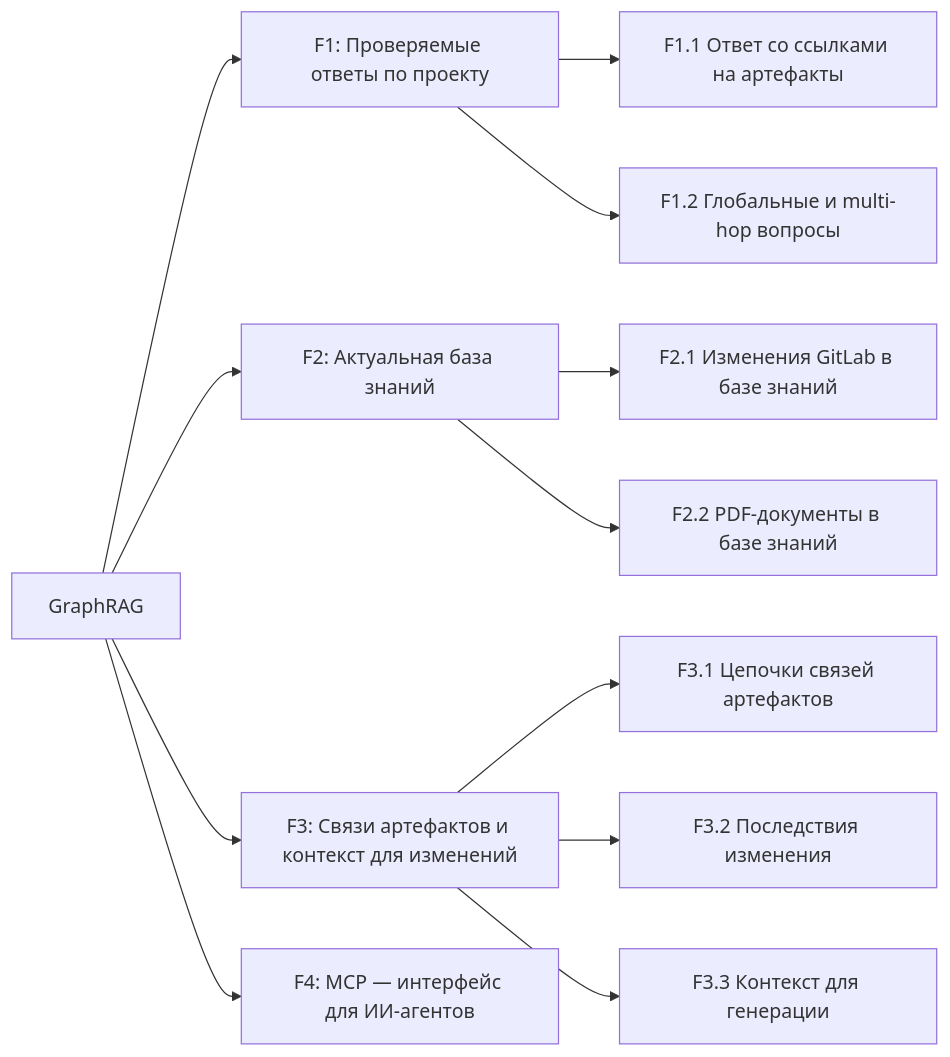
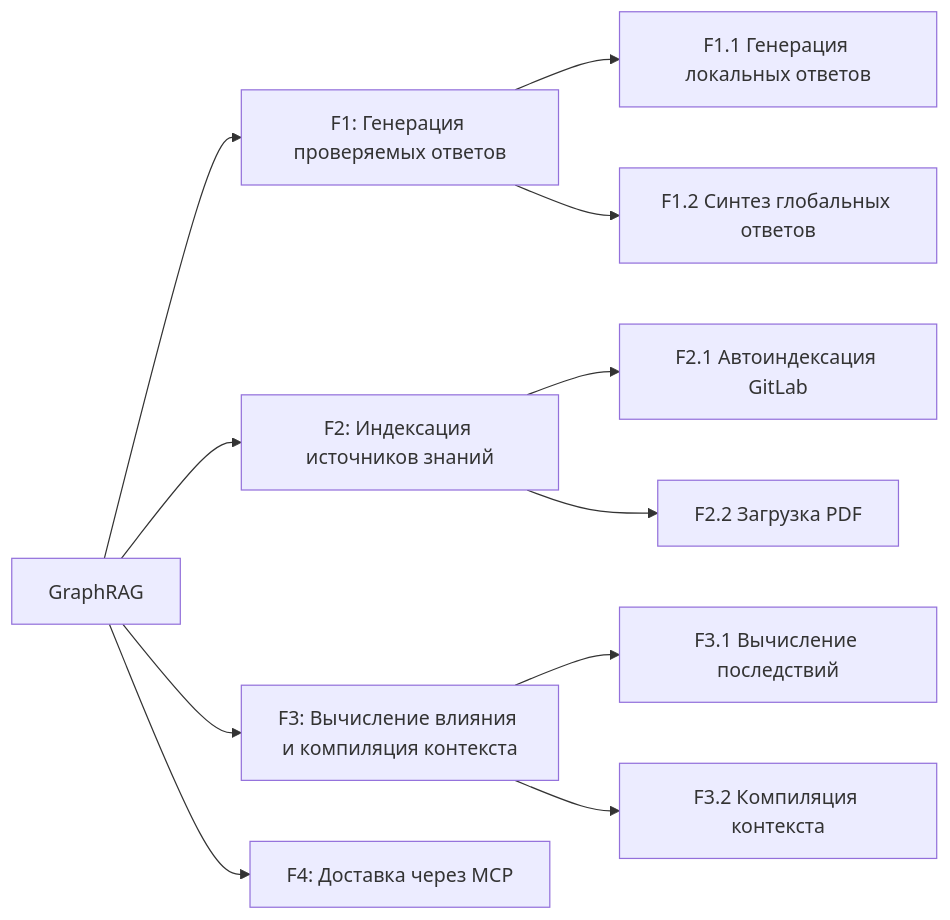
One commit to n-marusov/graphrag changed the first of 2 diagrams in specs/vision.md. Above: the diagram before and after it, drawn with Mermaid. The commit also changed other lines of this file and 1 other file, not shown here.

````diff
--- a/specs/vision.md
+++ b/specs/vision.md
@@ -149,22 +148,21 @@
 ```mermaid
 flowchart LR
     Root["GraphRAG"]
 
-    Root --> F1["F1: Проверяемые ответы по проекту"]
-    Root --> F2["F2: Актуальная база знаний"]
-    Root --> F3["F3: Связи артефактов и контекст для изменений"]
-    Root --> F4["F4: MCP — интерфейс для ИИ-агентов"]
+    Root --> F1["F1: Генерация проверяемых ответов"]
+    Root --> F2["F2: Индексация источников знаний"]
+    Root --> F3["F3: Вычисление влияния и компиляция контекста"]
+    Root --> F4["F4: Доставка через MCP"]
 
-    F1 --> F1_1["F1.1 Ответ со ссылками на артефакты"]
-    F1 --> F1_2["F1.2 Глобальные и multi-hop вопросы"]
+    F1 --> F1_1["F1.1 Генерация локальных ответов"]
+    F1 --> F1_2["F1.2 Синтез глобальных ответов"]
 
-    F2 --> F2_1["F2.1 Изменения GitLab в базе знаний"]
-    F2 --> F2_2["F2.2 PDF-документы в базе знаний"]
+    F2 --> F2_1["F2.1 Автоиндексация GitLab"]
+    F2 --> F2_2["F2.2 Загрузка PDF"]
 
-    F3 --> F3_1["F3.1 Цепочки связей артефактов"]
-    F3 --> F3_2["F3.2 Последствия изменения"]
-    F3 --> F3_3["F3.3 Контекст для генерации"]
+    F3 --> F3_1["F3.1 Вычисление последствий"]
+    F3 --> F3_2["F3.2 Компиляция контекста"]
 
     %% F4 — независимая функция-интерфейс; канал доступа к F1 и F3
     %% описан в тексте §2.2 (Граница F4), рёбрами в дереве не выражается
 ```
````
